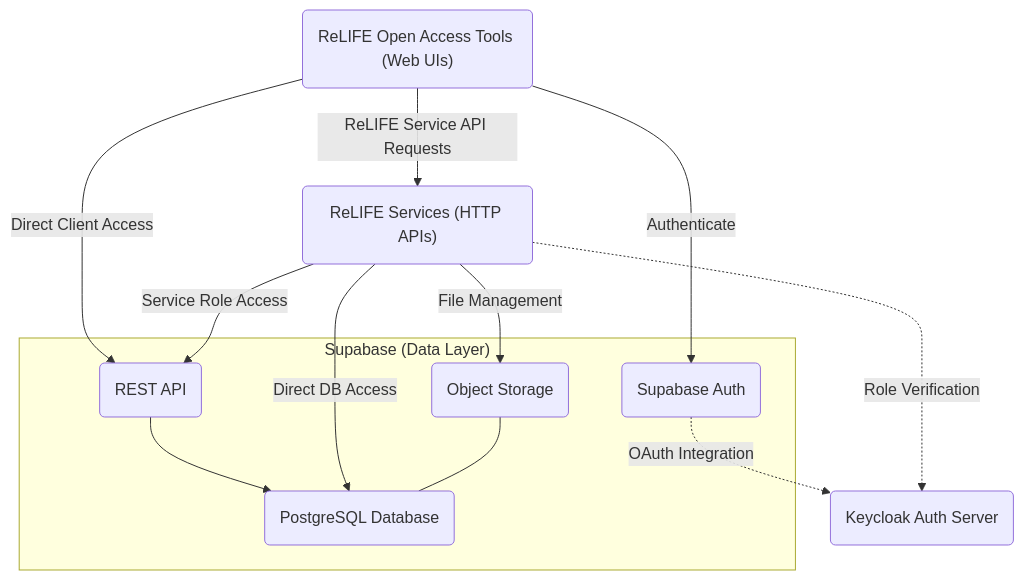
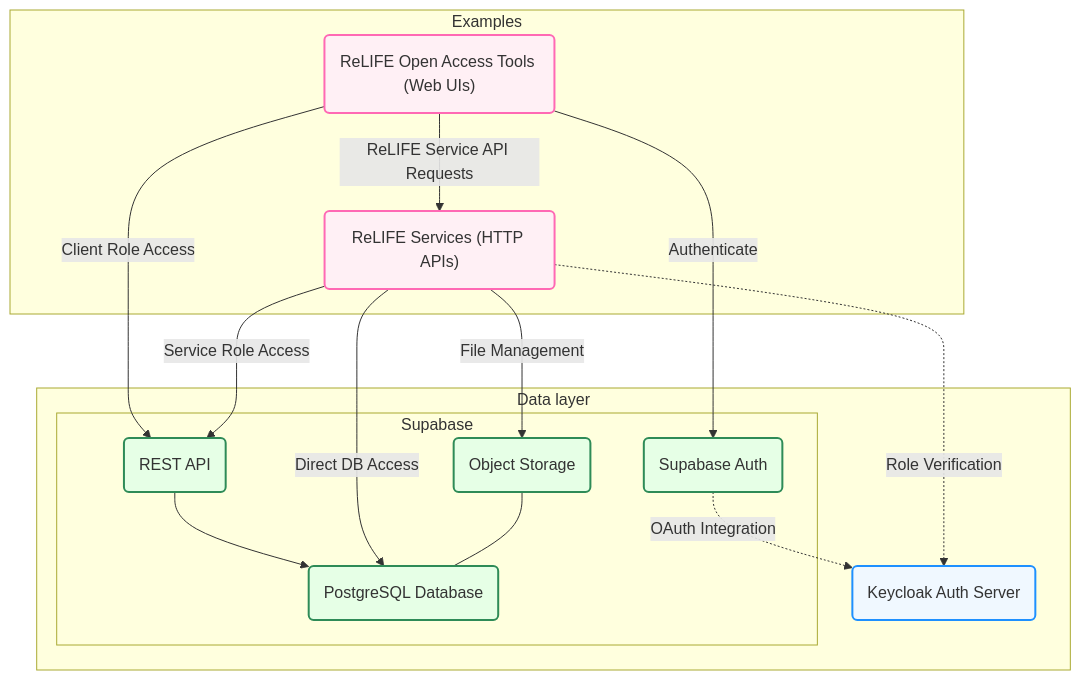
One commit to ReLIFE-Project-EU/relife-platform-data-layer changed the diagram in README.md. Above: the diagram before and after it, drawn with Mermaid. The commit also changed other lines of this file, not shown here.

Commit message:
📝 Update for clarity

````diff
--- a/README.md
+++ b/README.md
@@ -10,26 +12,42 @@
 ```mermaid
 flowchart TD
-    %% Core Components
-    Keycloak("Keycloak Auth Server")
-    
-    subgraph Supabase["Supabase (Data Layer)"]
-        PostgreSQL("PostgreSQL Database")
-        Storage("Object Storage")
-        API("REST API")
-        Auth("Supabase Auth")
+    %% Define styles
+    classDef dataLayer fill:#f0f8ff,stroke:#1e90ff,stroke-width:2px;
+    classDef supabase fill:#e6ffe6,stroke:#2e8b57,stroke-width:2px;
+    classDef examples fill:#fff0f5,stroke:#ff69b4,stroke-width:2px;
+
+    %% Subgraph: Data Layer
+    subgraph DataLayer["Data layer"]
+        Keycloak("Keycloak Auth Server")
+        
+        subgraph Supabase["Supabase"]
+            PostgreSQL("PostgreSQL Database")
+            Storage("Object Storage")
+            API("REST API")
+            Auth("Supabase Auth")
+        end
     end
-    
-    OAT("ReLIFE Open Access Tools (Web UIs)")
-    Service("ReLIFE Services (HTTP APIs)")
-    
+
+    %% Subgraph: Examples
+    subgraph Examples["Examples"]
+        OAT("ReLIFE Open Access Tools (Web UIs)")
+        Service("ReLIFE Services (HTTP APIs)")
+    end
+
+    %% Connections
     OAT -->|"Authenticate"| Auth
     Auth -.->|"OAuth Integration"| Keycloak
-    OAT -->|"Direct Client Access"| API
+    OAT -->|"Client Role Access"| API
     OAT -->|"ReLIFE Service API Requests"| Service
     Service -->|"Service Role Access"| API
     API --> PostgreSQL
     Service -->|"Direct DB Access"| PostgreSQL
     Service -->|"File Management"| Storage
     Storage --- PostgreSQL
     Service -.->|"Role Verification"| Keycloak
+
+    %% Apply styles to nodes
+    class Keycloak dataLayer;
+    class PostgreSQL,Storage,API,Auth supabase;
+    class OAT,Service examples;
 ```
````
